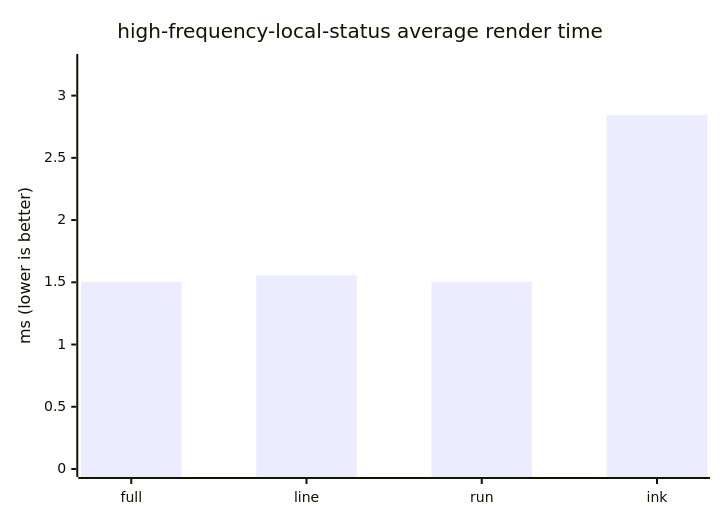
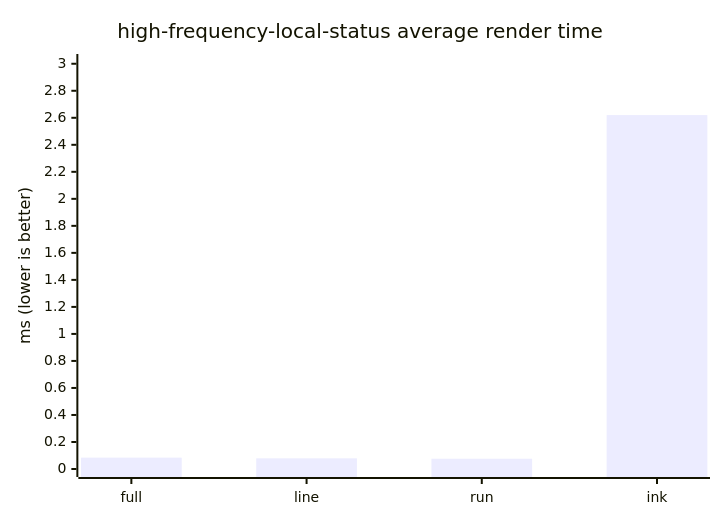
The third of 10 diagrams in docs/benchmark.md (ByteLandTechnology/tinky), drawn with Mermaid before and after one commit. The commit also changed other lines of this file and 15 other files, not shown here.

````diff
--- a/docs/benchmark.md
+++ b/docs/benchmark.md
@@ -79,7 +79,7 @@
 ```mermaid
 xychart-beta
     title "high-frequency-local-status average render time"
     x-axis ["full", "line", "run", "ink"]
-    y-axis "ms (lower is better)" 0 --> 3.27
-    bar [1.503, 1.556, 1.505, 2.843]
+    y-axis "ms (lower is better)" 0 --> 3.013
+    bar [0.084, 0.079, 0.076, 2.62]
 ```
````
